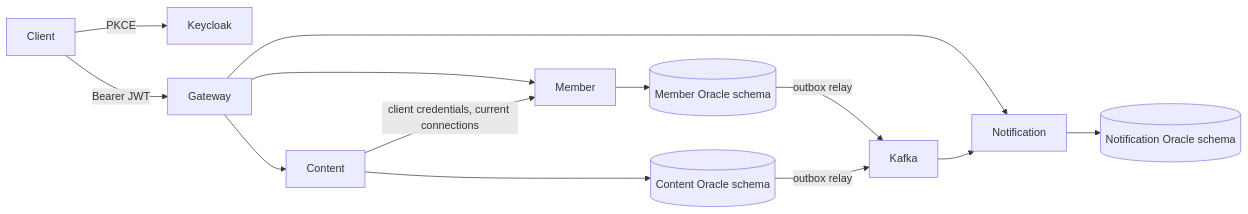
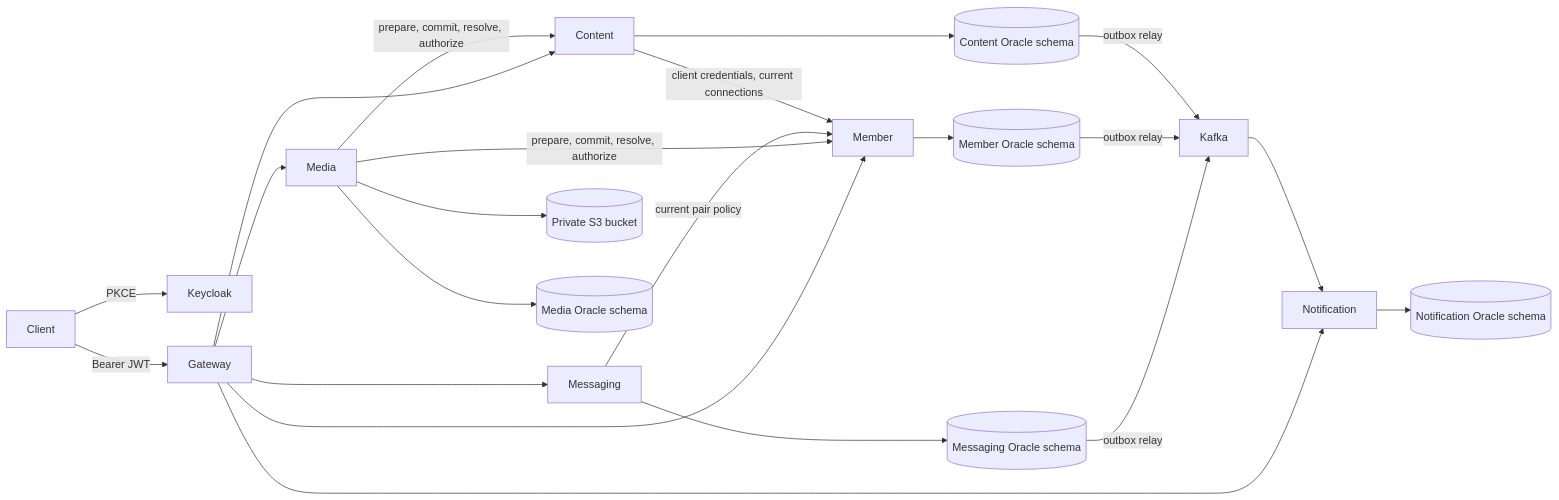
The first of 4 diagrams in docs/architecture.md (kaizenchandra/linkedin-social-platform), drawn with Mermaid before and after one commit. The commit also changed other lines of this file and 143 other files, not shown here.

````diff
--- a/docs/architecture.md
+++ b/docs/architecture.md
@@ -3,15 +3,24 @@
 ```mermaid
 flowchart LR
  Client -->|PKCE| Keycloak
  Client -->|Bearer JWT| Gateway
  Gateway --> Member
  Gateway --> Content
  Gateway --> Notification
+ Gateway --> Media
+ Gateway --> Messaging
+ Media -->|prepare, commit, resolve, authorize| Member
+ Media -->|prepare, commit, resolve, authorize| Content
+ Messaging -->|current pair policy| Member
+ Media --> O[(Private S3 bucket)]
+ Media --> MD[(Media Oracle schema)]
+ Messaging --> MS[(Messaging Oracle schema)]
+ MS -->|outbox relay| Kafka
  Content -->|client credentials, current connections| Member
  Member --> M[(Member Oracle schema)]
  Content --> C[(Content Oracle schema)]
  Notification --> N[(Notification Oracle schema)]
  M -->|outbox relay| Kafka
  C -->|outbox relay| Kafka
  Kafka --> Notification
 ```
````
